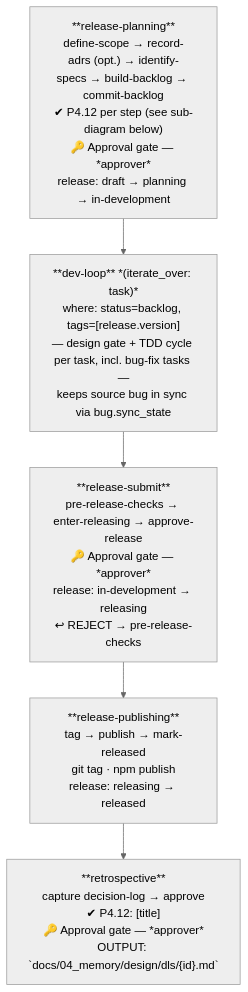
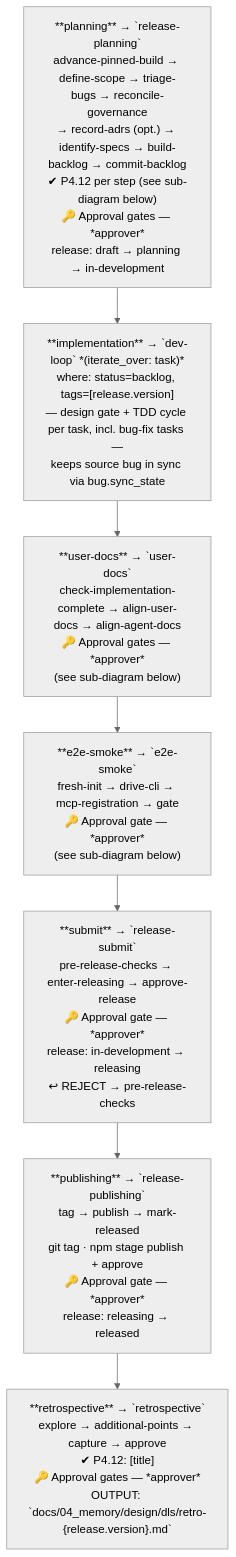
Before and after one commit to robypomper/wingfoil: the eighth of 23 diagrams in .wingfoil/WORKFLOW.md, drawn with Mermaid (neutral theme). The commit also changed other lines of this file and 1 other file, not shown here.

Commit message:
fix(workflow): task-148 — WORKFLOW.md draws release-cycle's seven phases, release-planning's eight, user-docs and e2e-smoke; align-agent-docs produces WORKFLOW.md, user-docs 1.2 (bug-170)

````diff
--- a/.wingfoil/WORKFLOW.md
+++ b/.wingfoil/WORKFLOW.md
@@ -183,14 +186,18 @@
 ```mermaid
 flowchart TD
-    RP["**release-planning**\ndefine-scope → record-adrs (opt.) → identify-specs → build-backlog → commit-backlog\n✔ P4.12 per step (see sub-diagram below)\n🔑 Approval gate — *approver*\nrelease: draft → planning → in-development"]
+    RP["**planning** → `release-planning`\nadvance-pinned-build → define-scope → triage-bugs → reconcile-governance\n→ record-adrs (opt.) → identify-specs → build-backlog → commit-backlog\n✔ P4.12 per step (see sub-diagram below)\n🔑 Approval gates — *approver*\nrelease: draft → planning → in-development"]
 
-    DL["**dev-loop** *(iterate_over: task)*\nwhere: status=backlog, tags=[release.version]\n— design gate + TDD cycle per task, incl. bug-fix tasks —\nkeeps source bug in sync via bug.sync_state"]
+    DL["**implementation** → `dev-loop` *(iterate_over: task)*\nwhere: status=backlog, tags=[release.version]\n— design gate + TDD cycle per task, incl. bug-fix tasks —\nkeeps source bug in sync via bug.sync_state"]
 
-    RS["**release-submit**\npre-release-checks → enter-releasing → approve-release\n🔑 Approval gate — *approver*\nrelease: in-development → releasing\n↩ REJECT → pre-release-checks"]
+    UD["**user-docs** → `user-docs`\ncheck-implementation-complete → align-user-docs → align-agent-docs\n🔑 Approval gates — *approver*\n(see sub-diagram below)"]
 
-    RP2["**release-publishing**\ntag → publish → mark-released\ngit tag · npm publish\nrelease: releasing → released"]
+    ES["**e2e-smoke** → `e2e-smoke`\nfresh-init → drive-cli → mcp-registration → gate\n🔑 Approval gate — *approver*\n(see sub-diagram below)"]
 
-    RT["**retrospective**\ncapture decision-log → approve\n✔ P4.12: [title]\n🔑 Approval gate — *approver*\nOUTPUT: `docs/04_memory/design/dls/{id}.md`"]
+    RS["**submit** → `release-submit`\npre-release-checks → enter-releasing → approve-release\n🔑 Approval gate — *approver*\nrelease: in-development → releasing\n↩ REJECT → pre-release-checks"]
 
-    RP --> DL --> RS --> RP2 --> RT
+    RP2["**publishing** → `release-publishing`\ntag → publish → mark-released\ngit tag · npm stage publish + approve\n🔑 Approval gate — *approver*\nrelease: releasing → released"]
+
+    RT["**retrospective** → `retrospective`\nexplore → additional-points → capture → approve\n✔ P4.12: [title]\n🔑 Approval gates — *approver*\nOUTPUT: `docs/04_memory/design/dls/retro-{release.version}.md`"]
+
+    RP --> DL --> UD --> ES --> RS --> RP2 --> RT
 ```
````
